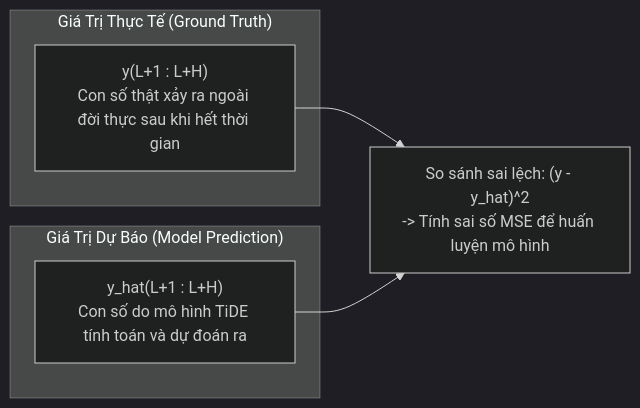
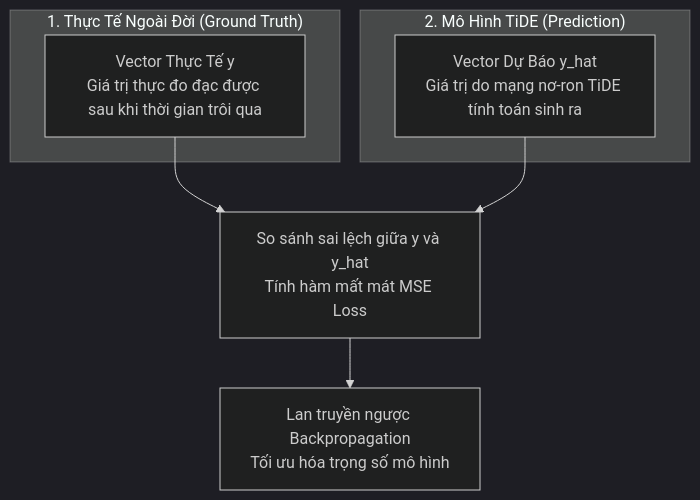
Before and after one commit to snowflake-vibing/Project-Experimental-TiDE: the second of 2 diagrams in explanation/target_horizon_vector.md, drawn with Mermaid (dark theme). The commit also changed other lines of this file, not shown here.

Commit message:
docs(explanation): standardize formatting of target_horizon_vector.md per RULE.md

````diff
--- a/explanation/target_horizon_vector.md
+++ b/explanation/target_horizon_vector.md
@@ -111,12 +76,14 @@
 ```mermaid
-flowchart LR
-    subgraph GroundTruth ["Giá Trị Thực Tế (Ground Truth)"]
-        Y["y(L+1 : L+H)\nCon số thật xảy ra ngoài đời thực sau khi hết thời gian"]
+flowchart TD
+    subgraph Reality ["1. Thực Tế Ngoài Đời (Ground Truth)"]
+        Y["Vector Thực Tế y<br/>Giá trị thực đo đạc được sau khi thời gian trôi qua"]
     end
 
-    subgraph Prediction ["Giá Trị Dự Báo (Model Prediction)"]
-        Y_hat["y_hat(L+1 : L+H)\nCon số do mô hình TiDE tính toán và dự đoán ra"]
+    subgraph TiDEModel ["2. Mô Hình TiDE (Prediction)"]
+        Y_hat["Vector Dự Báo y_hat<br/>Giá trị do mạng nơ-ron TiDE tính toán sinh ra"]
     end
 
-    Y & Y_hat --> Compare["So sánh sai lệch: (y - y_hat)^2\n-> Tính sai số MSE để huấn luyện mô hình"]
+    Y --> LossCalc["So sánh sai lệch giữa y và y_hat<br/>Tính hàm mất mát MSE Loss"]
+    Y_hat --> LossCalc
+    LossCalc --> Optim["Lan truyền ngược Backpropagation<br/>Tối ưu hóa trọng số mô hình"]
 ```
````
